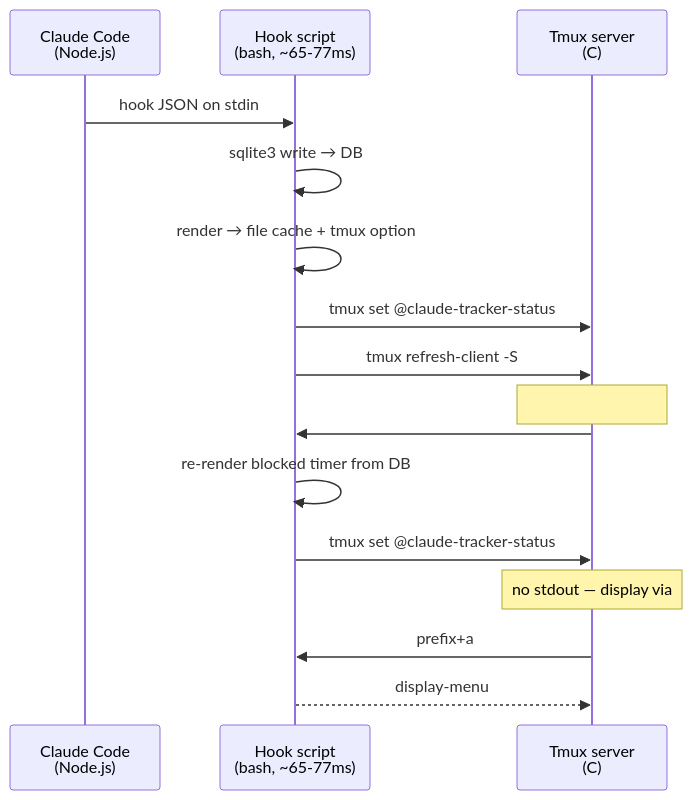
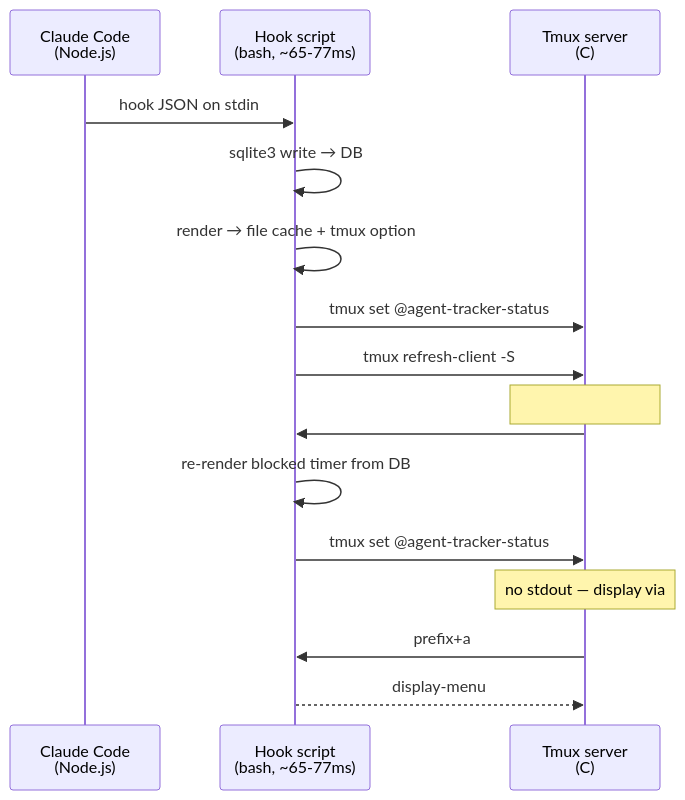
The first of 2 diagrams in ARCHITECTURE.md (KakkoiDev/tmux-agent-tracker), drawn with Mermaid before and after one commit. The commit also changed other lines of this file and 19 other files, not shown here.

First line of the commit message:
refactor: rename project tmux-claude-agent-tracker to tmux-agent-tracker

````diff
--- a/ARCHITECTURE.md
+++ b/ARCHITECTURE.md
@@ -5,21 +5,21 @@
 ```mermaid
 sequenceDiagram
     participant C as Claude Code<br/>(Node.js)
     participant H as Hook script<br/>(bash, ~65-77ms)
     participant T as Tmux server<br/>(C)
 
     C->>H: hook JSON on stdin
     H->>H: sqlite3 write → DB
     H->>H: render → file cache + tmux option
-    H->>T: tmux set @claude-tracker-status
+    H->>T: tmux set @agent-tracker-status
     H->>T: tmux refresh-client -S
     Note over T: #{@option} re-evaluated instantly
 
     T->>H: #(tracker.sh refresh) every N sec
     H->>H: re-render blocked timer from DB
-    H->>T: tmux set @claude-tracker-status
+    H->>T: tmux set @agent-tracker-status
     Note over T: no stdout — display via #{@option}
 
     T->>H: prefix+a
     H-->>T: display-menu
 ```
````
